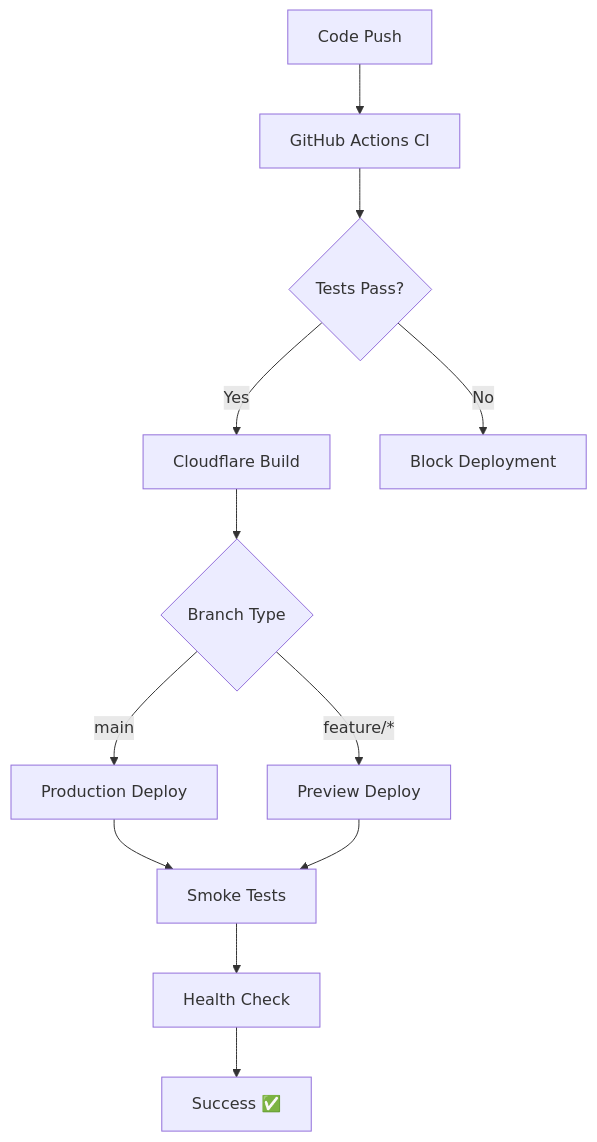
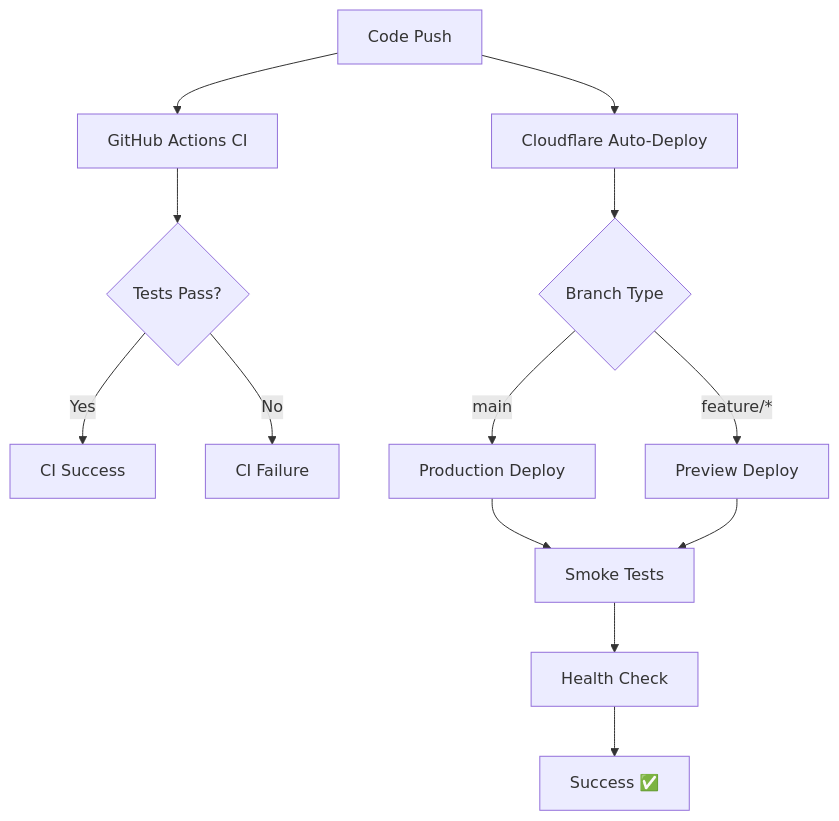
The diagram in CI_CD_REPORT.md (COMP-4350-Group-6/budgetwise), drawn with Mermaid before and after one commit. The commit also changed other lines of this file and 1 other file, not shown here.

Commit message:
Update CI/CD report and worksheet with corrected deployment flow and technical details

````diff
--- a/CI_CD_REPORT.md
+++ b/CI_CD_REPORT.md
@@ -169,14 +170,15 @@
 ```mermaid
 graph TD
     A[Code Push] --> B[GitHub Actions CI]
-    B --> C{Tests Pass?}
-    C -->|Yes| D[Cloudflare Build]
-    C -->|No| E[Block Deployment]
-    D --> F{Branch Type}
-    F -->|main| G[Production Deploy]
-    F -->|feature/*| H[Preview Deploy]
-    G --> I[Smoke Tests]
-    H --> I
-    I --> J[Health Check]
-    J --> K[Success ✅]
+    A --> C[Cloudflare Auto-Deploy]
+    B --> D{Tests Pass?}
+    D -->|Yes| E[CI Success]
+    D -->|No| F[CI Failure]
+    C --> G{Branch Type}
+    G -->|main| H[Production Deploy]
+    G -->|feature/*| I[Preview Deploy]
+    H --> J[Smoke Tests]
+    I --> J
+    J --> K[Health Check]
+    K --> L[Success ✅]
 ```
````
